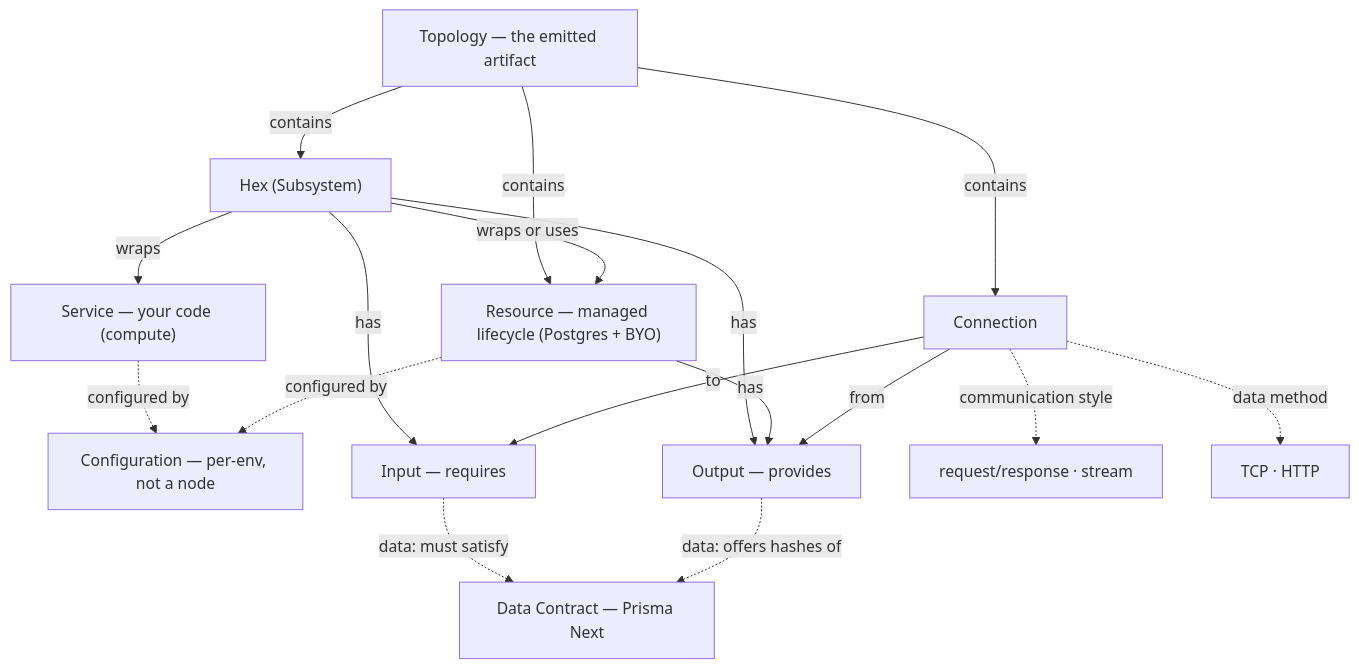
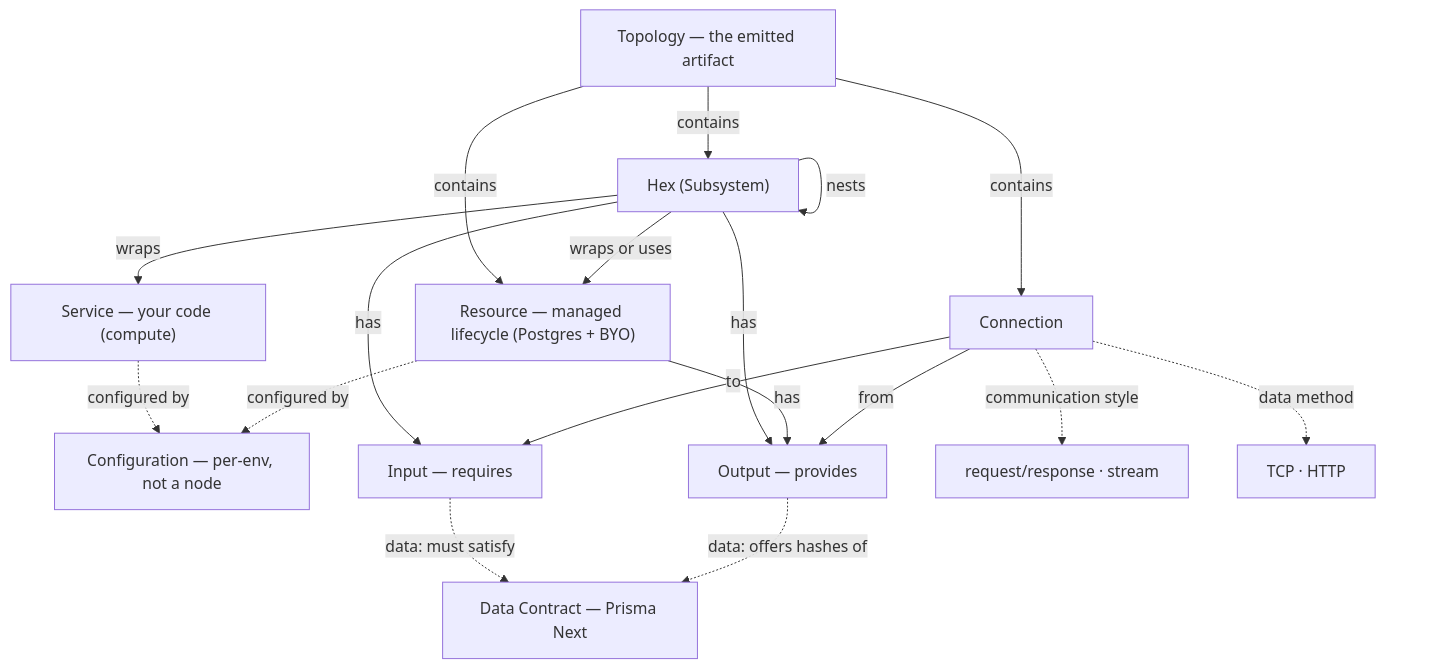
Before and after one commit to prisma/app: the diagram in docs/design/03-domain-model/domain-map.md, drawn with Mermaid. The commit also changed other lines of this file and 1 other file, not shown here.

First line of the commit message:
docs: a Hex behaves like a Service; settle nesting

````diff
--- a/docs/design/03-domain-model/domain-map.md
+++ b/docs/design/03-domain-model/domain-map.md
@@ -13,33 +11,34 @@
 ```mermaid
 flowchart TB
   Topology["Topology — the emitted artifact"]
   Hex["Hex (Subsystem)"]
   Service["Service — your code (compute)"]
   Resource["Resource — managed lifecycle (Postgres + BYO)"]
   Config["Configuration — per-env, not a node"]
   Input["Input — requires"]
   Output["Output — provides"]
   Conn["Connection"]
   DC["Data Contract — Prisma Next"]
 
   Topology -->|contains| Hex
   Topology -->|contains| Resource
   Topology -->|contains| Conn
 
   Hex -->|wraps| Service
   Hex -->|wraps or uses| Resource
+  Hex -->|nests| Hex
   Hex -->|has| Input
   Hex -->|has| Output
   Resource -->|has| Output
 
   Conn -->|from| Output
   Conn -->|to| Input
 
   Conn -.->|communication style| CS["request/response · stream"]
   Conn -.->|data method| DM["TCP · HTTP"]
   Input -.->|data: must satisfy| DC
   Output -.->|data: offers hashes of| DC
 
   Service -.->|configured by| Config
   Resource -.->|configured by| Config
 ```
````
